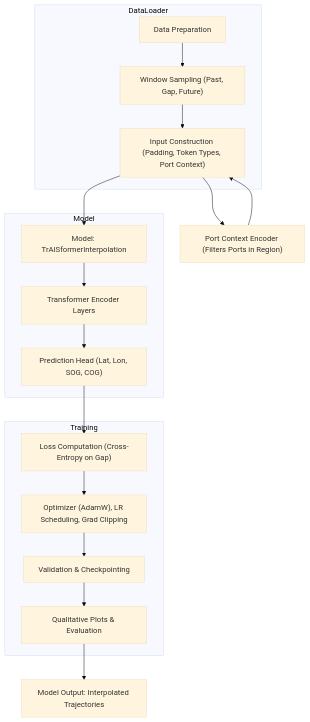
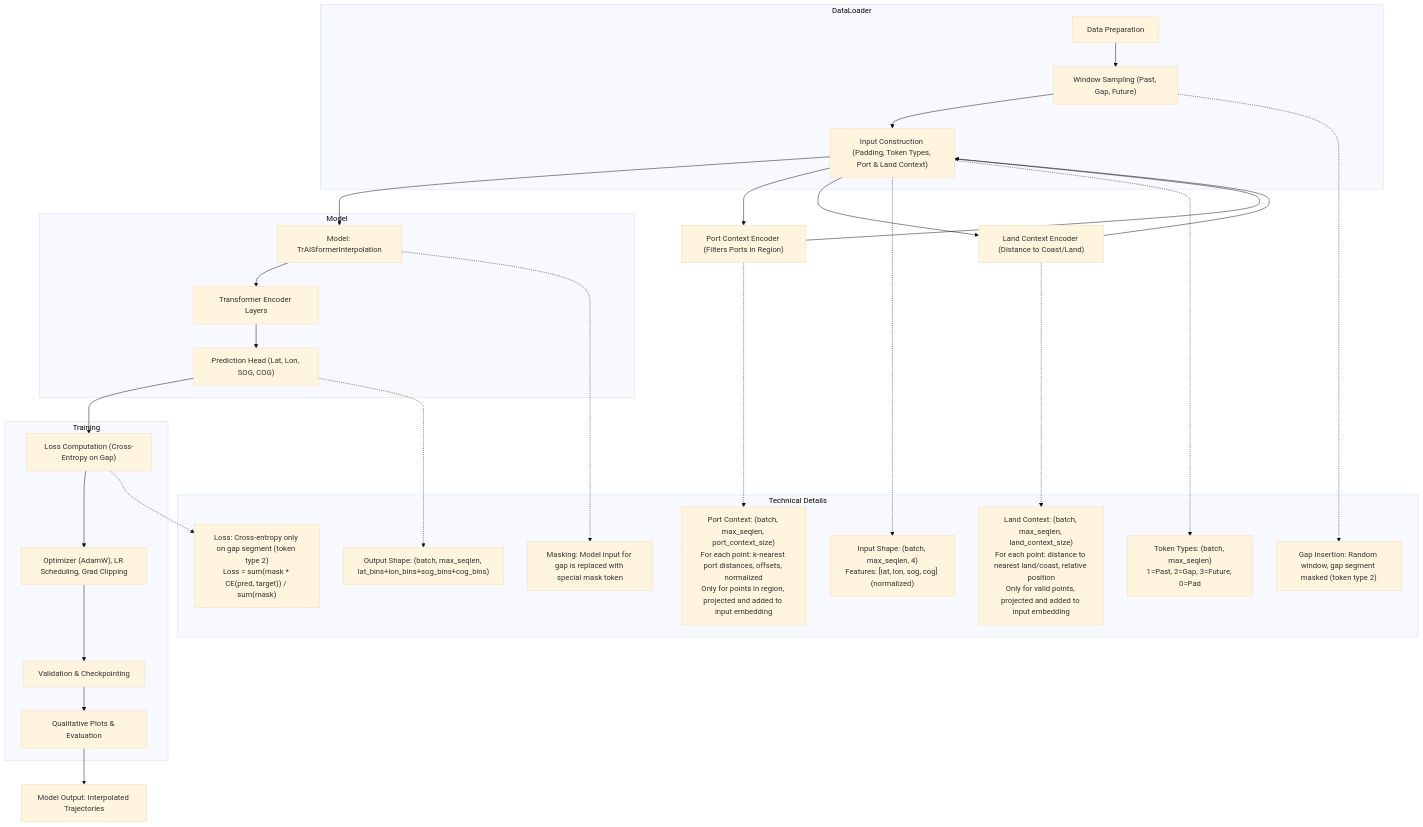
One commit to mohammed1916/AISformer changed the diagram in src_interpolation/architecture.mermaid. Above: the diagram before and after it, drawn with Mermaid (base theme). The commit also changed 23 other files, not shown here.

First line of the commit message:
Add GPU-accelerated land/port context encoders, rasterized land mask, test scripts, and ONNX export

```diff
--- a/src_interpolation/architecture.mermaid
+++ b/src_interpolation/architecture.mermaid
@@ -1,30 +1,53 @@
 graph TD
     A[Data Preparation] --> B["Window Sampling (Past, Gap, Future)"]
-    B --> C["Input Construction (Padding, Token Types, Port Context)"]
+    B --> C["Input Construction (Padding, Token Types, Port & Land Context)"]
     C --> D[Model: TrAISformerInterpolation]
     D --> E[Transformer Encoder Layers]
     E --> F["Prediction Head (Lat, Lon, SOG, COG)"]
     F --> G["Loss Computation (Cross-Entropy on Gap)"]
     G --> H["Optimizer (AdamW), LR Scheduling, Grad Clipping"]
     H --> I[Validation & Checkpointing]
     I --> J[Qualitative Plots & Evaluation]
     J --> K[Model Output: Interpolated Trajectories]
     C --> L["Port Context Encoder (Filters Ports in Region)"]
+    C --> M["Land Context Encoder (Distance to Coast/Land)"]
     L --> C
+    M --> C
+    
     subgraph DataLoader
         A
         B
         C
     end
     subgraph Model
         D
         E
         F
     end
     subgraph Training
         G
         H
         I
         J
     end
     K
+
+    %% Technical Details Subgraph
+    subgraph TechnicalDetails[Technical Details]
+        T1["Input Shape: (batch, max_seqlen, 4)<br>Features: [lat, lon, sog, cog] (normalized)"]
+        T2["Token Types: (batch, max_seqlen)<br>1=Past, 2=Gap, 3=Future, 0=Pad"]
+        T3["Gap Insertion: Random window, gap segment masked (token type 2)"]
+        T4["Masking: Model input for gap is replaced with special mask token"]
+        T5["Output Shape: (batch, max_seqlen, lat_bins+lon_bins+sog_bins+cog_bins)"]
+        T6["Loss: Cross-entropy only on gap segment (token type 2)<br>Loss = sum(mask * CE(pred, target)) / sum(mask)"]
+        T7["Port Context: (batch, max_seqlen, port_context_size)<br>For each point: k-nearest port distances, offsets, normalized<br>Only for points in region, projected and added to input embedding"]
+        T8["Land Context: (batch, max_seqlen, land_context_size)<br>For each point: distance to nearest land/coast, relative position<br>Only for valid points, projected and added to input embedding"]
+    end
+    C -.-> T1
+    C -.-> T2
+    B -.-> T3
+    D -.-> T4
+    F -.-> T5
+    G -.-> T6
+    L -.-> T7
+    M -.-> T8
```
